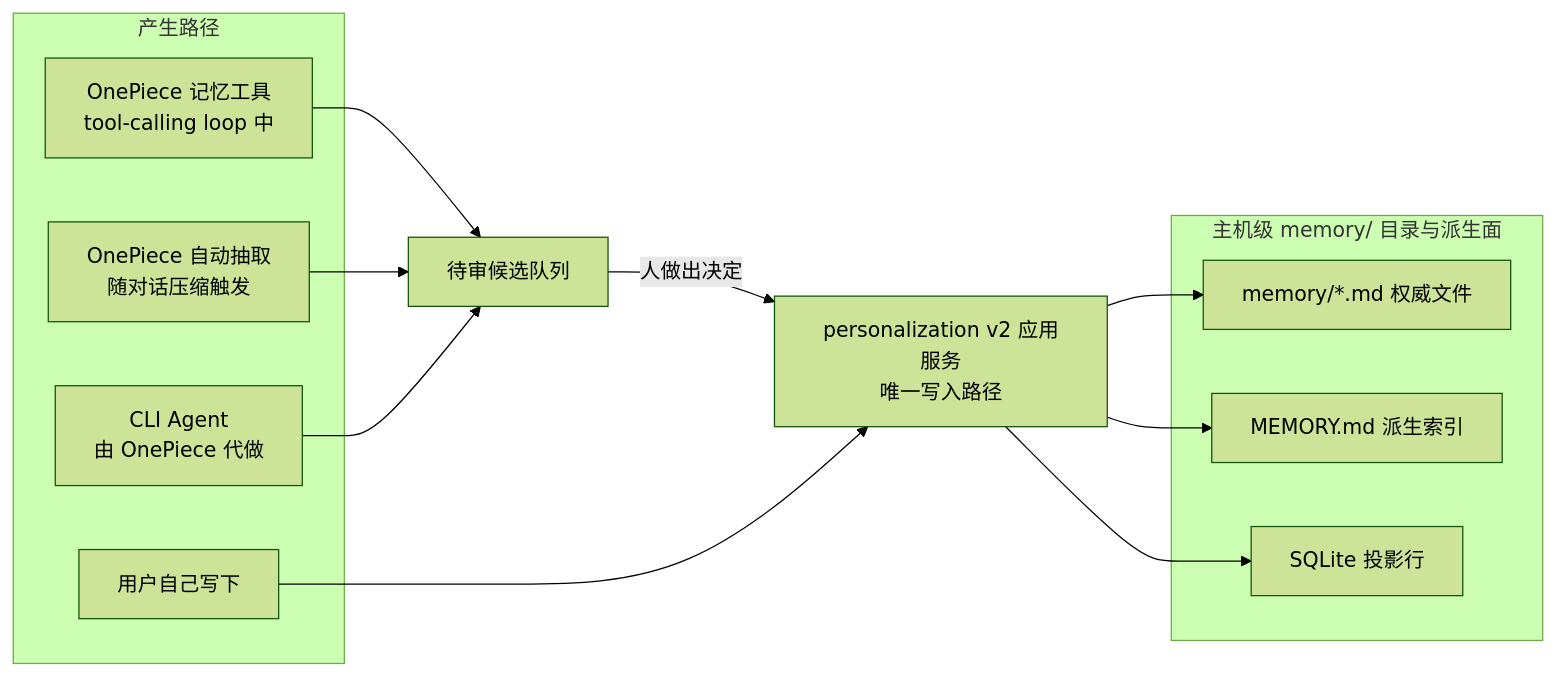
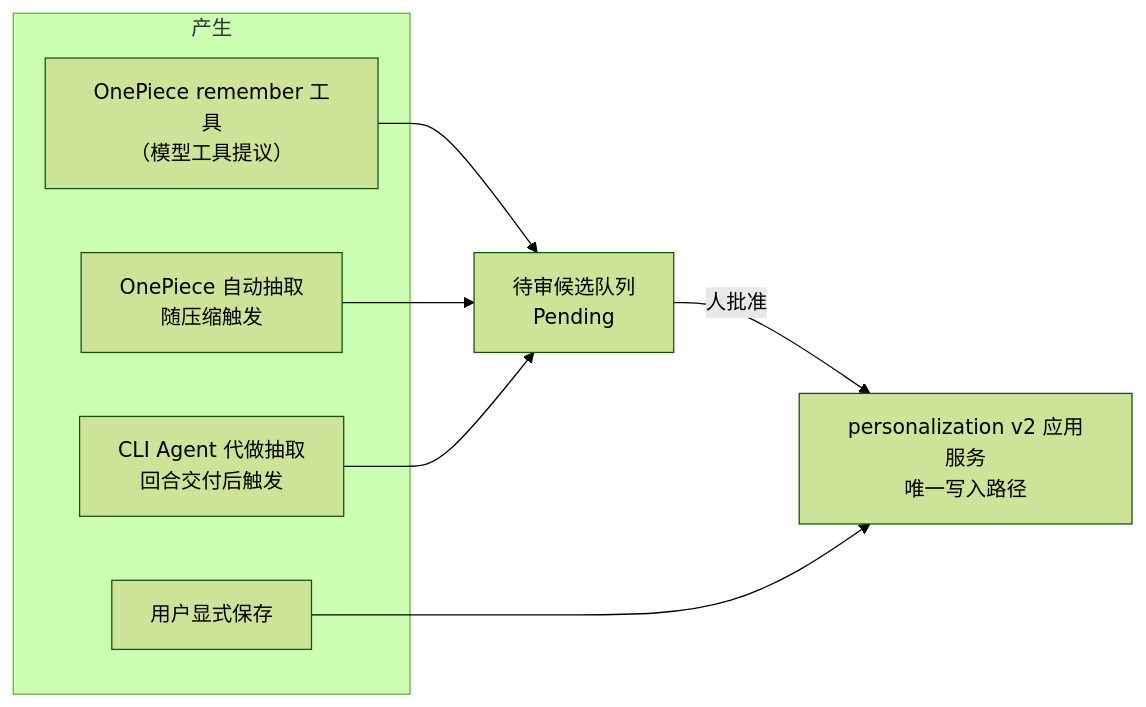
Before and after one commit to cdavid817/vanehub-ai: the diagram in docs/developer-guide/zh-CN/src/cross-session-memory.md, drawn with Mermaid (forest theme). The commit also changed other lines of this file and 80 other files, not shown here.

````diff
--- a/docs/developer-guide/zh-CN/src/cross-session-memory.md
+++ b/docs/developer-guide/zh-CN/src/cross-session-memory.md
@@ -32,27 +48,16 @@
 ```mermaid
 flowchart LR
-    subgraph 存储[主机级 memory/ 目录与派生面]
-        MEM[memory/*.md 权威文件]
-        IDX[MEMORY.md 派生索引]
-        PROJ[SQLite 投影行]
+    subgraph 产生
+        P1["用户显式保存"]
+        P2["OnePiece remember 工具<br/>（模型工具提议）"]
+        P3["OnePiece 自动抽取<br/>随压缩触发"]
+        P4["CLI Agent 代做抽取<br/>回合交付后触发"]
     end
-
-    SERVICE[personalization v2 应用服务<br/>唯一写入路径]
-    QUEUE[待审候选队列]
-
-    subgraph 产生路径
-        P1[OnePiece 记忆工具<br/>tool-calling loop 中]
-        P2[OnePiece 自动抽取<br/>随对话压缩触发]
-        P3[CLI Agent<br/>由 OnePiece 代做]
-        P4[用户自己写下]
-    end
-
-    P1 --> QUEUE
+    QUEUE["待审候选队列<br/>Pending"]
+    SERVICE["personalization v2 应用服务<br/>唯一写入路径"]
     P2 --> QUEUE
     P3 --> QUEUE
-    QUEUE -->|人做出决定| SERVICE
-    P4 --> SERVICE
-    SERVICE --> MEM
-    SERVICE --> IDX
-    SERVICE --> PROJ
+    P4 --> QUEUE
+    QUEUE -->|"人批准"| SERVICE
+    P1 --> SERVICE
 ```
````
